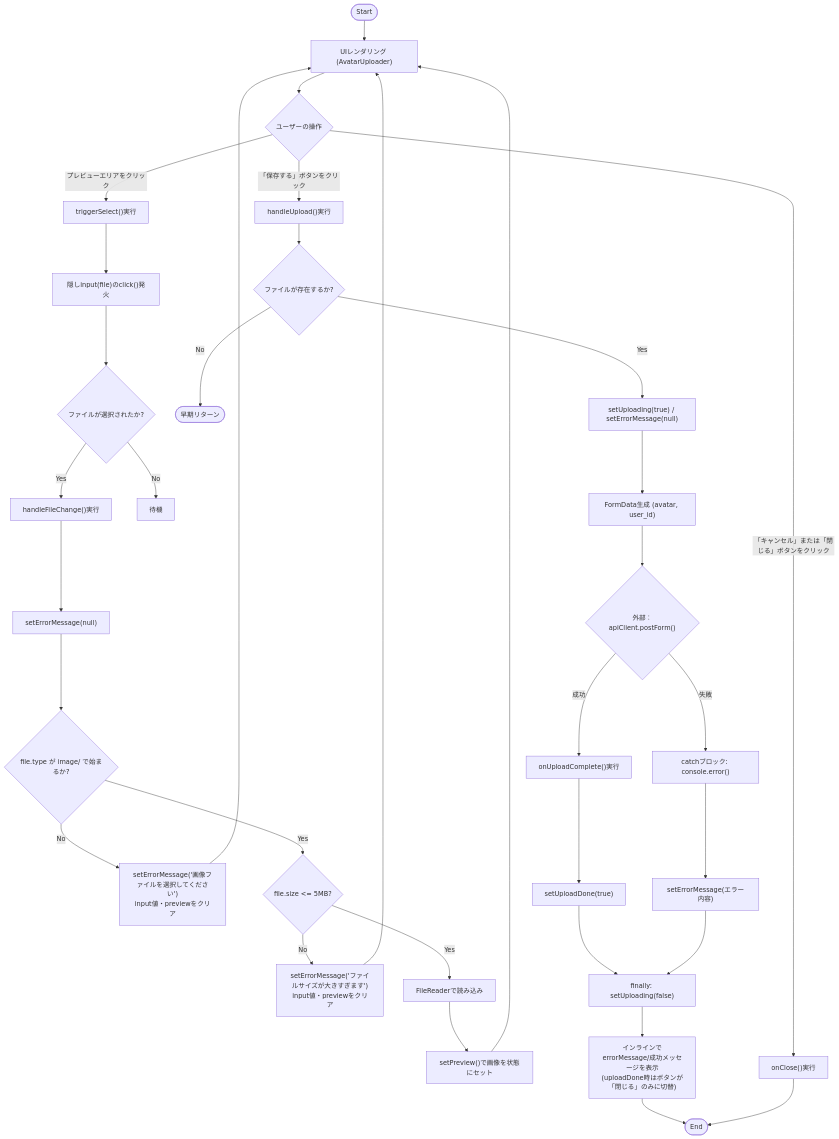
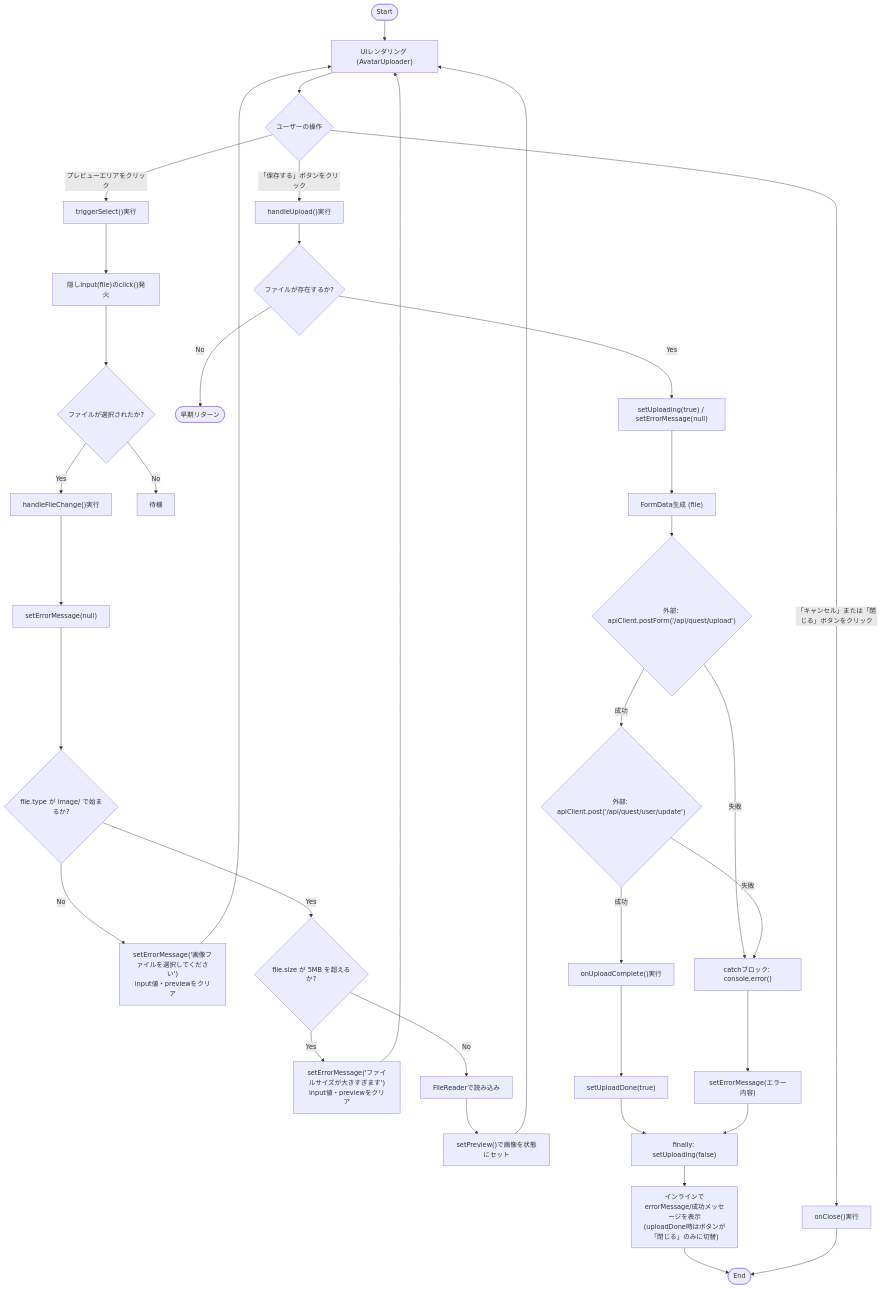
The first of 2 diagrams in docs/specifications/family-quest/src/components/ui/AvatarUploader.md (mmtigers/my_python_project), drawn with Mermaid before and after one commit. The commit also changed other lines of this file and 65 other files, not shown here.

````diff
--- a/docs/specifications/family-quest/src/components/ui/AvatarUploader.md
+++ b/docs/specifications/family-quest/src/components/ui/AvatarUploader.md
@@ -165,47 +130,45 @@
 ```mermaid
 flowchart TD
     Start([Start]) --> Render["UIレンダリング (AvatarUploader)"]
-    
+
     Render --> UserAction{"ユーザーの操作"}
-    
-    %% ファイル選択フロー
+
     UserAction -- "プレビューエリアをクリック" --> TriggerSelect["triggerSelect()実行"]
     TriggerSelect --> ClickHiddenInput["隠しinput(file)のclick()発火"]
     ClickHiddenInput --> SelectFile{"ファイルが選択されたか?"}
     SelectFile -- Yes --> HandleFileChange["handleFileChange()実行"]
     SelectFile -- No --> Wait["待機"]
     HandleFileChange --> ClearError["setErrorMessage(null)"]
     ClearError --> ValidateType{"file.type が image/ で始まるか?"}
     ValidateType -- No --> SetTypeError["setErrorMessage('画像ファイルを選択してください')\ninput値・previewをクリア"]
-    ValidateType -- Yes --> ValidateSize{"file.size <= 5MB?"}
-    ValidateSize -- No --> SetSizeError["setErrorMessage('ファイルサイズが大きすぎます')\ninput値・previewをクリア"]
-    ValidateSize -- Yes --> ReadFile["FileReaderで読み込み"]
+    ValidateType -- Yes --> ValidateSize{"file.size が 5MB を超えるか?"}
+    ValidateSize -- Yes --> SetSizeError["setErrorMessage('ファイルサイズが大きすぎます')\ninput値・previewをクリア"]
+    ValidateSize -- No --> ReadFile["FileReaderで読み込み"]
     ReadFile --> SetPreview["setPreview()で画像を状態にセット"]
     SetTypeError --> Render
     SetSizeError --> Render
     SetPreview --> Render
-    
-    %% アップロードフロー
+
     UserAction -- "「保存する」ボタンをクリック" --> HandleUpload["handleUpload()実行"]
     HandleUpload --> CheckFile{"ファイルが存在するか?"}
     CheckFile -- No --> EndUpload([早期リターン])
     CheckFile -- Yes --> SetUploadingTrue["setUploading(true) / setErrorMessage(null)"]
-    SetUploadingTrue --> CreateFormData["FormData生成 (avatar, user_id)"]
-    CreateFormData --> ApiCall{"外部：apiClient.postForm()"}
-    
-    ApiCall -- 成功 --> CallComplete["onUploadComplete()実行"]
+    SetUploadingTrue --> CreateFormData["FormData生成 (file)"]
+    CreateFormData --> ApiCall1{"外部: apiClient.postForm('/api/quest/upload')"}
+
+    ApiCall1 -- 成功 --> ApiCall2{"外部: apiClient.post('/api/quest/user/update')"}
+    ApiCall2 -- 成功 --> CallComplete["onUploadComplete()実行"]
     CallComplete --> SetUploadDoneTrue["setUploadDone(true)"]
     SetUploadDoneTrue --> FinallyBlock["finally: setUploading(false)"]
-    
-    ApiCall -- 失敗 --> CatchError["catchブロック: console.error()"]
+
+    ApiCall1 -- 失敗 --> CatchError["catchブロック: console.error()"]
+    ApiCall2 -- 失敗 --> CatchError
     CatchError --> SetUploadError["setErrorMessage(エラー内容)"]
     SetUploadError --> FinallyBlock
-    
+
     FinallyBlock --> RenderResult["インラインでerrorMessage/成功メッセージを表示\n(uploadDone時はボタンが「閉じる」のみに切替)"]
     RenderResult --> End([End])
-    
-    %% キャンセル・クローズフロー
+
     UserAction -- "「キャンセル」または「閉じる」ボタンをクリック" --> CancelClose["onClose()実行"]
     CancelClose --> End
-
 ```
````
